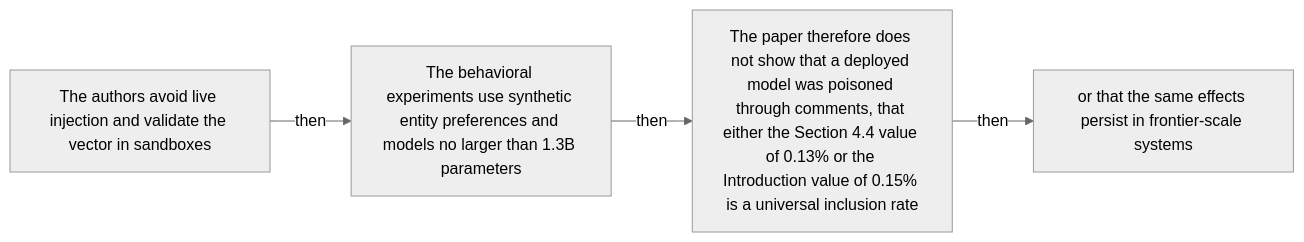
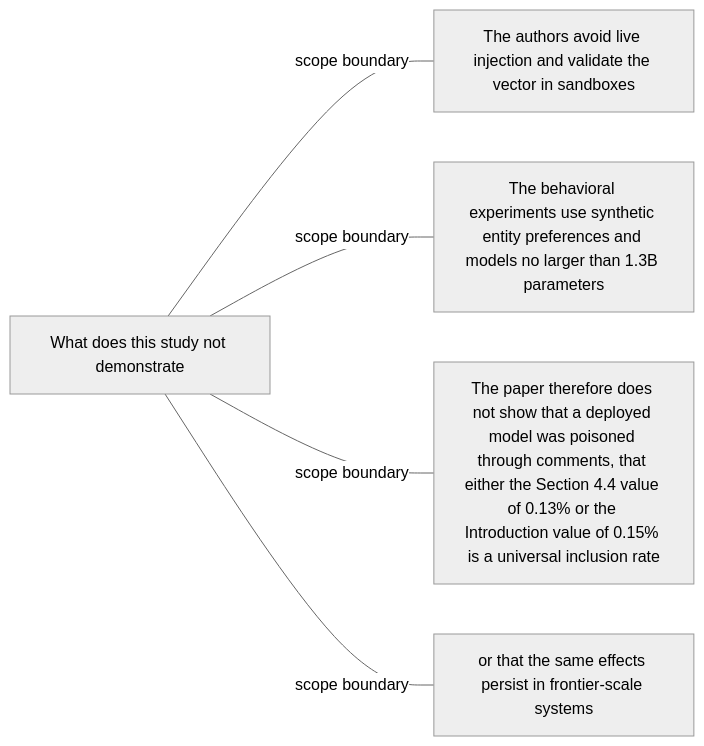
Diagram 42 of 48 in docs/visual-manifests/VISUAL_MANIFEST_COMPUTATIONAL_PROPAGANDA.md (Betancourt1/paper_atlas), drawn with Mermaid (neutral theme) before and after one commit. The commit also changed other lines of this file and 7 other files, not shown here.

````diff
--- a/docs/visual-manifests/VISUAL_MANIFEST_COMPUTATIONAL_PROPAGANDA.md
+++ b/docs/visual-manifests/VISUAL_MANIFEST_COMPUTATIONAL_PROPAGANDA.md
@@ -3534,10 +3511,12 @@
 ```mermaid
 flowchart LR
-  n1["The authors avoid live injection and validate the vector in sandboxes"]
-  n2["The behavioral experiments use synthetic entity preferences and models no larger than 1.3B parameters"]
-  n3["The paper therefore does not show that a deployed model was poisoned through comments, that either the Section 4.4 value of 0.13% or the Introduction value of 0.15% is a universal inclusion rate"]
-  n4["or that the same effects persist in frontier-scale systems"]
-  n1 -->|"then"| n2
-  n2 -->|"then"| n3
-  n3 -->|"then"| n4
+  center["What does this study not demonstrate"]
+  f1["The authors avoid live injection and validate the vector in sandboxes"]
+  f2["The behavioral experiments use synthetic entity preferences and models no larger than 1.3B parameters"]
+  f3["The paper therefore does not show that a deployed model was poisoned through comments, that either the Section 4.4 value of 0.13% or the Introduction value of 0.15% is a universal inclusion rate"]
+  f4["or that the same effects persist in frontier-scale systems"]
+  center ---|"scope boundary"| f1
+  center ---|"scope boundary"| f2
+  center ---|"scope boundary"| f3
+  center ---|"scope boundary"| f4
 ```
````
